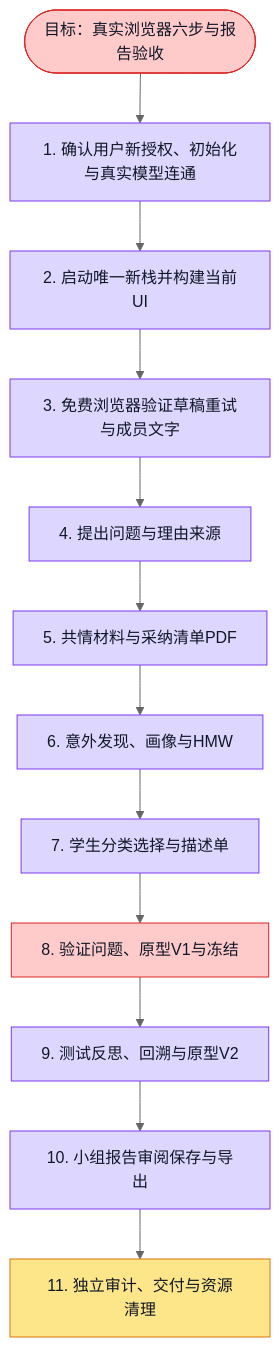
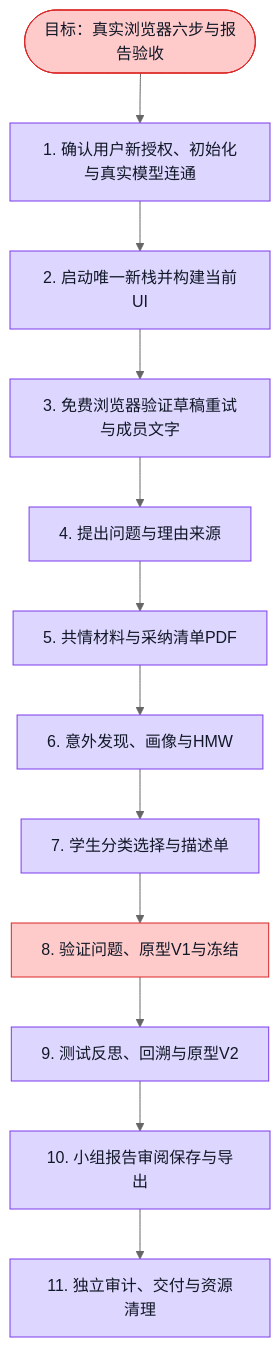
One commit to boardx/workspacex changed the diagram in docs/evidence/aidt-native/real-browser-acceptance-20261117/execution.plan.md. Above: the diagram before and after it, drawn with Mermaid (neutral theme). The commit also changed 3 other files, not shown here.

````diff
--- a/docs/evidence/aidt-native/real-browser-acceptance-20261117/execution.plan.md
+++ b/docs/evidence/aidt-native/real-browser-acceptance-20261117/execution.plan.md
@@ -7,44 +7,45 @@
 ```mermaid
 flowchart TD
  G([目标：真实浏览器六步与报告验收])
  E[1. 确认用户新授权、初始化与真实模型连通]
  I[2. 启动唯一新栈并构建当前UI]
  B[3. 免费浏览器验证草稿重试与成员文字]
  S1[4. 提出问题与理由来源]
  S2[5. 共情材料与采纳清单PDF]
  S3[6. 意外发现、画像与HMW]
  S4[7. 学生分类选择与描述单]
  S5[8. 验证问题、原型V1与冻结]
  S6[9. 测试反思、回溯与原型V2]
  R[10. 小组报告审阅保存与导出]
  V[11. 独立审计、交付与资源清理]
  G --> E --> I --> B --> S1 --> S2 --> S3 --> S4 --> S5 --> S6 --> R --> V
  classDef todo fill:#e5e7eb,stroke:#6b7280,color:#111827
  classDef doing fill:#fde68a,stroke:#d97706,color:#111827
  classDef done fill:#bbf7d0,stroke:#16a34a,color:#111827
  classDef tested fill:#ddd6fe,stroke:#7c3aed,color:#111827
  classDef blocked fill:#fecaca,stroke:#dc2626,color:#111827
  class G blocked
  %% blocked G: 实际测试和交付收尾完成不等于整体验收：S5native因重复调用cancelled、S3性能/1unknownpending、S2教学边界及SUM可见V2/截断披露仍未全过。其余独立技术路径已测；不宣布全原生闭环或课堂通过。
  class E tested
  %% evidence E: 用户明确无需credit额度停测并授权浏览器；标准init quick0；真实SDK OK/3.7s/22tokens/0retry（provider-connectivity.json），产品链尚待验
  class I tested
  %% evidence I: A1新seed app_rw基线0run/physical/usage，canonical SHA802cf，子进程CA/proxy指纹；真实新Web build ff9含c9cf BUILD HpTdw6E9Fzu6NgYyCuctM，API/Python/正常登录200，zero-window-ready.json
  class B tested
  %% evidence B: A4真实新Web浏览器1pass5.4s：A重试保B正文/附件/mention、正常B清稿，member频道/话题/切步草稿真实API；3SDK全浏览器abort，A1SQL0run/physical/usage/credit；首consultant setup红保留
  class S1 tested
  %% evidence S1: 真实browser1pass35.1s/run33945939… succeeded，学生选择save V2/freshlogin精确；A2冻结V1原话/pin/dispatch/canonical源审过；4physical reported24544tokens/4settled；A3保留4问号例子/引号改写/why分支未验小偏离，不真人课堂评分
  class S2 tested
  %% evidence S2: A6 same-run continuation browser1pass17.4s，source frozenV3/currentV4+freshlogin，实际printDOM PDF146318B；A1 6physical/6reported40165tokens/6settled/holds0；A2 checkpoint继承原dispatch audit0。初次计划确认护栏中断红记录保留。
  class S3 tested
  %% evidence S3: A6实际浏览器1pass208.8s、真实run e607b916…succeeded/学生V2重登；A2源/派发/hash/readback audit0。A1确认44physical，其中43reported281610tokens/settled、1failedunknown/pending63.46；性能财务缺陷保留。正常cancel前GET已succeeded故未POST，不存在取消或QA超时。
  class S4 tested
  %% evidence S4: A6 browser1pass40.5s，学生多标签/选择V3+freshlogin；三不同点子actualPDF305209/272723/262399B、图decode/各自文字/不同SHA；A1 runf53bc122…6physical/6reported49174tokens/6settled，S3既有pending保留。
  class S5 blocked
  %% blocked S5: S5native55fa0cc5…86.4s browser fail；实际8call_skill/15physical，正常cancel202后cancelled，无新unknown。按用户卡住跳过，留原失败并以明确学生人工稿继续独立Design，不记S5Agent通过；Design仍待。
  class S6 tested
  %% evidence S6: S6原护栏红保留，once同run续完1pass32.6s，无新human/reserve；学生V3到V4/unchanged/return2/真实静态检查纠正/重登，旧题V1冻结。A1 6physical/6reported67749tokens/6settled，S3pending不变；非完整链绿。
  class R tested
  %% evidence R: SUM原护栏红保留，once同run续完1pass54.1s/实际3070字草稿/学生V8+8613B精确MD；再0费学生纠正V9/11664B+freshlogin/旧refs原AI旧导出不变。A1 9physical/197065reportedtokens/9settled。A2可见投影29源17截断，V2/currentreturn5可见仍被遗漏、旧return2不完整；AI整编内容未全过，学生补正不追认模型全读。
- class V doing
+ class V tested
+ %% evidence V: 源码snapshot1c29e6c55 CRC/全部12623manifest hash/新QA样例/私钥配置排除校验过；结果PDF14p/人工27p字体嵌入无空页越界，Library源码v9/手册v8/新结果文件保存成功，两PDF实际读回逐页text+pixels完全相同；A1单次private诊断核全列/原件+最终owner exit0/13端口租约槽全释放。保留AI缺陷，G与S5红不洗绿。
 ```
````
